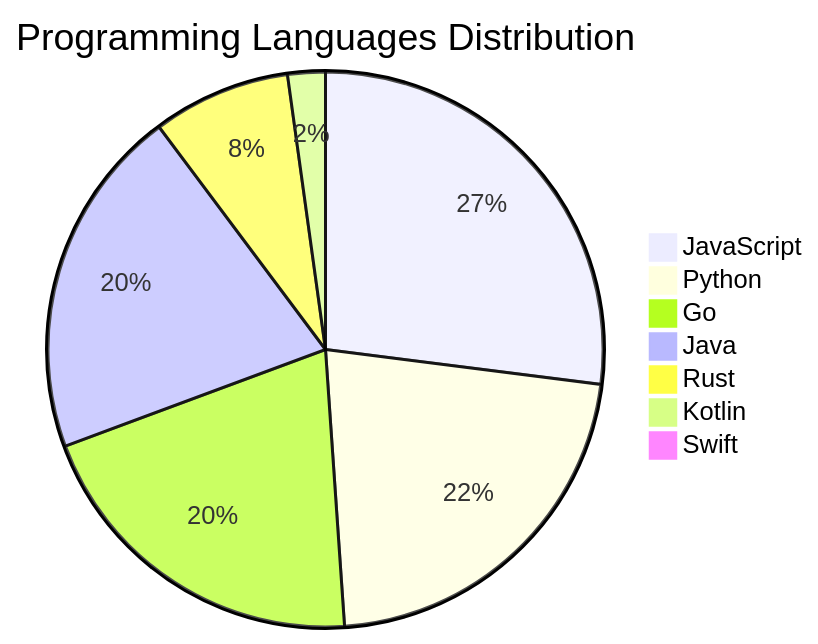
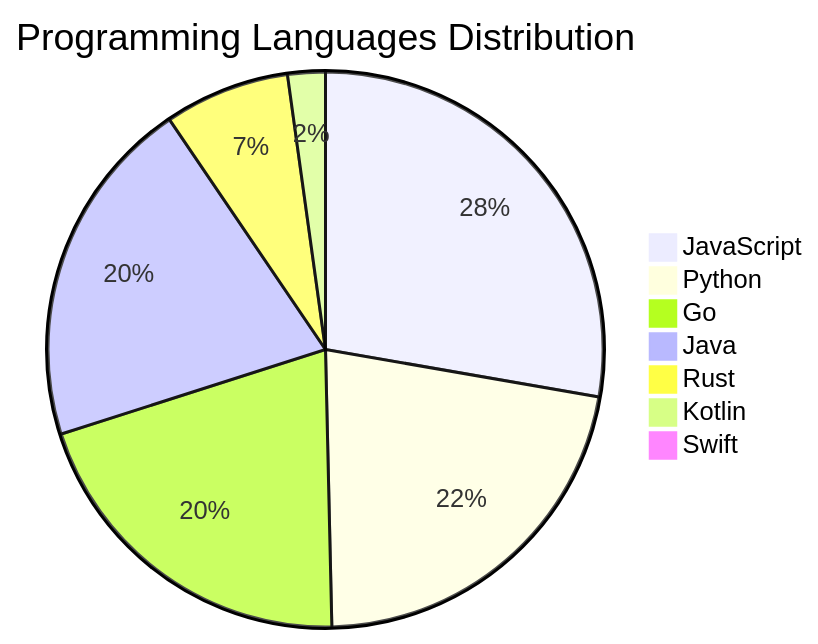
One commit to Derrick-MUGISHA/github-activity-bot changed the diagram in README.md. Above: the diagram before and after it, drawn with Mermaid. The commit also changed other lines of this file and 4 other files, not shown here.

````diff
--- a/README.md
+++ b/README.md
@@ -207,10 +207,10 @@
 ```mermaid
 pie title Programming Languages Distribution
-    "JavaScript" : 37
+    "JavaScript" : 38
     "Python" : 30
     "Go" : 28
     "Java" : 28
-    "Rust" : 11
+    "Rust" : 10
     "Kotlin" : 3
     "Swift" : 1
 ```
````
